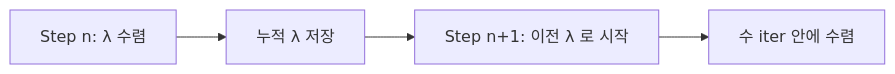
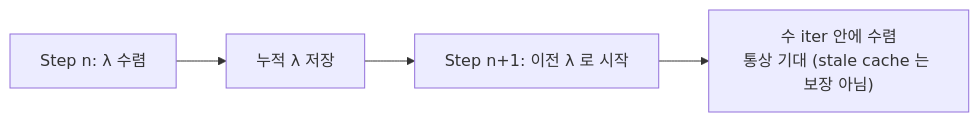
One commit to Rein-ArXiv/game-dev-curriculum changed the second of 5 diagrams in physics/part11_sequential_impulse.md. Above: the diagram before and after it, drawn with Mermaid. The commit also changed other lines of this file and 279 other files, not shown here.

````diff
--- a/physics/part11_sequential_impulse.md
+++ b/physics/part11_sequential_impulse.md
@@ -306,6 +308,6 @@
 ```mermaid
 flowchart LR
     Step1[Step n: λ 수렴] --> Save[누적 λ 저장]
     Save --> Step2[Step n+1: 이전 λ 로 시작]
-    Step2 --> Fast[수 iter 안에 수렴]
+    Step2 --> Fast["수 iter 안에 수렴<br/>통상 기대 (stale cache 는 보장 아님)"]
 ```
````
